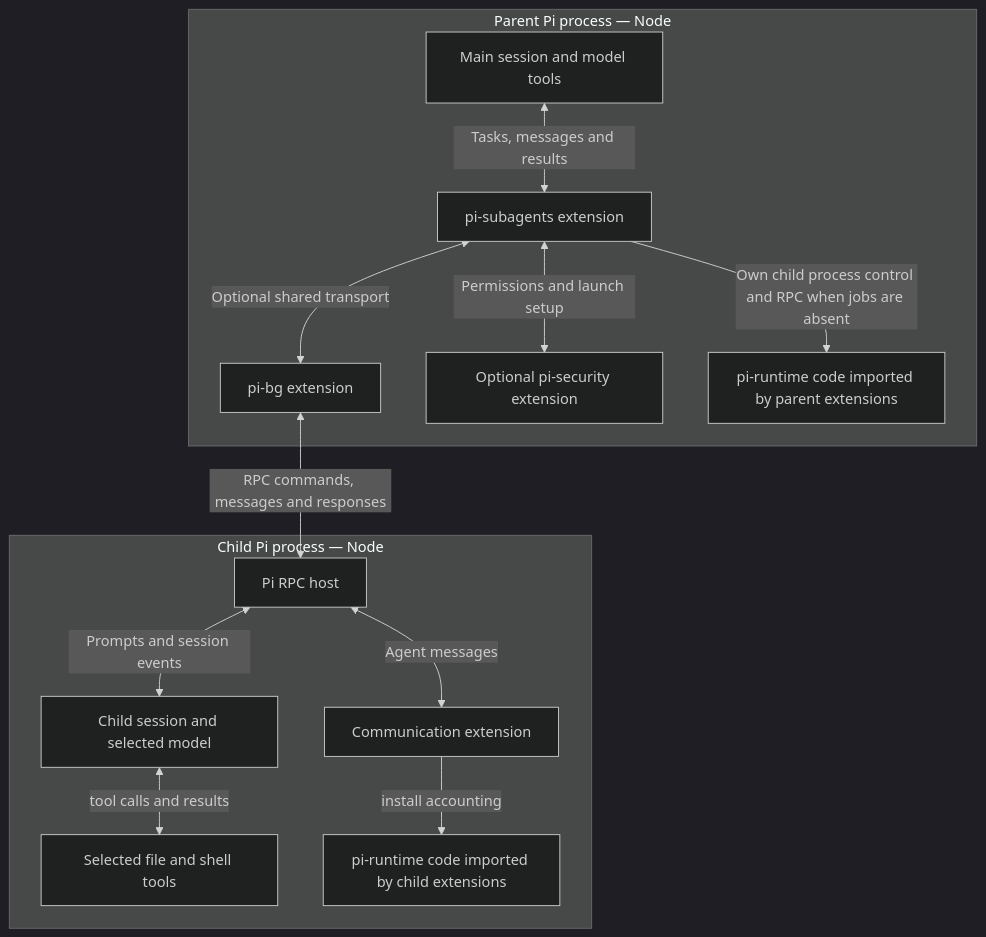
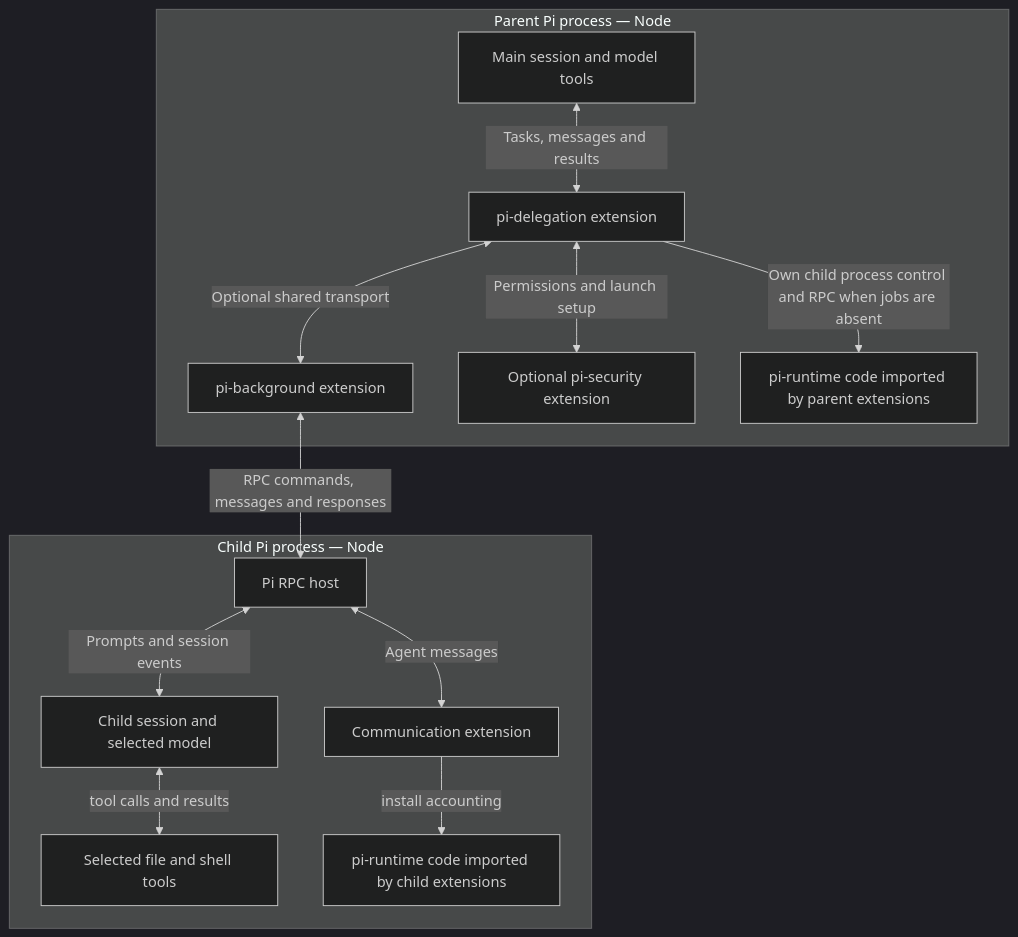
The diagram in docs/architecture.md (finngi/pi-packages), drawn with Mermaid (dark theme) before and after one commit. The commit also changed other lines of this file and 162 other files, not shown here.

````diff
--- a/docs/architecture.md
+++ b/docs/architecture.md
@@ -13,26 +13,26 @@
 ```mermaid
 flowchart TB
   subgraph Parent["Parent Pi process — Node"]
     Main["Main session and model tools"]
-    Sub["pi-subagents extension"]
-    Bg["pi-bg extension"]
+    Sub["pi-delegation extension"]
+    Bg["pi-background extension"]
     Sec["Optional pi-security extension"]
     PLib["pi-runtime code imported by parent extensions"]
     Main <-->|"Tasks, messages and results"| Sub
     Sub <-->|"Optional shared transport"| Bg
     Sub <-->|"Permissions and launch setup"| Sec
     Sub -->|"Own child process control and RPC when jobs are absent"| PLib
   end
   subgraph Child["Child Pi process — Node"]
     RPC["Pi RPC host"]
     Worker["Child session and selected model"]
     Bridge["Communication extension"]
     Effects["Selected file and shell tools"]
     CLib["pi-runtime code imported by child extensions"]
     RPC <-->|"Prompts and session events"| Worker
     RPC <-->|"Agent messages"| Bridge
     Worker <-->|"tool calls and results"| Effects
     Bridge -->|"install accounting"| CLib
   end
   Bg <-->|"RPC commands, messages and responses"| RPC
 ```
````
